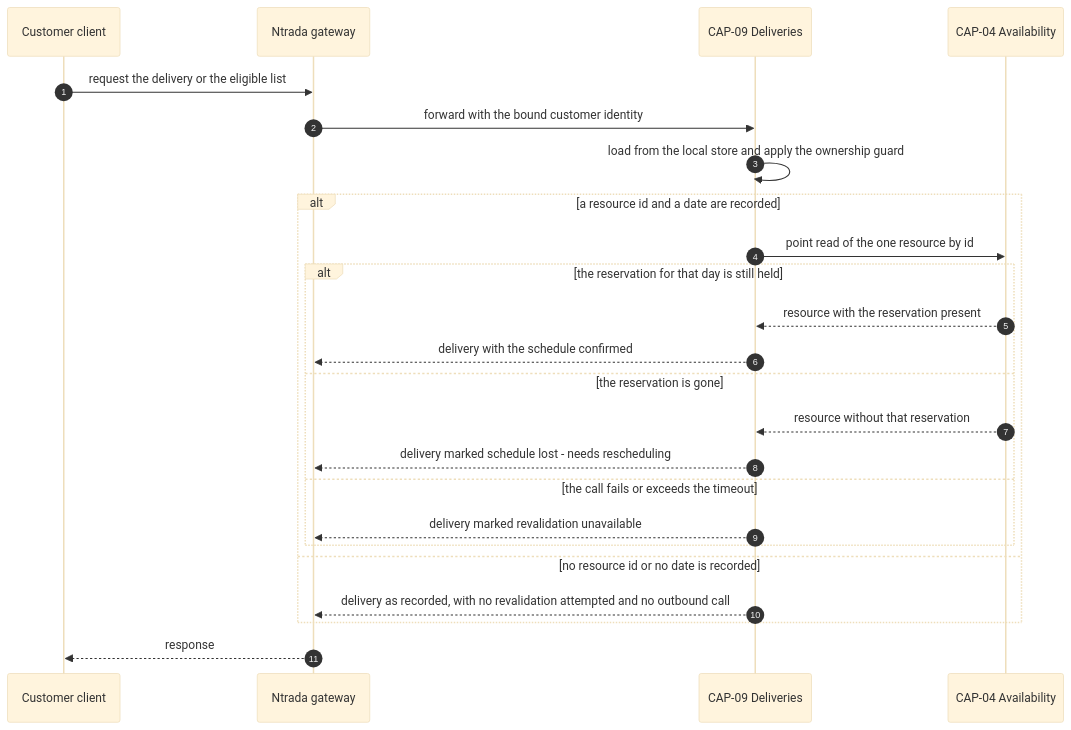
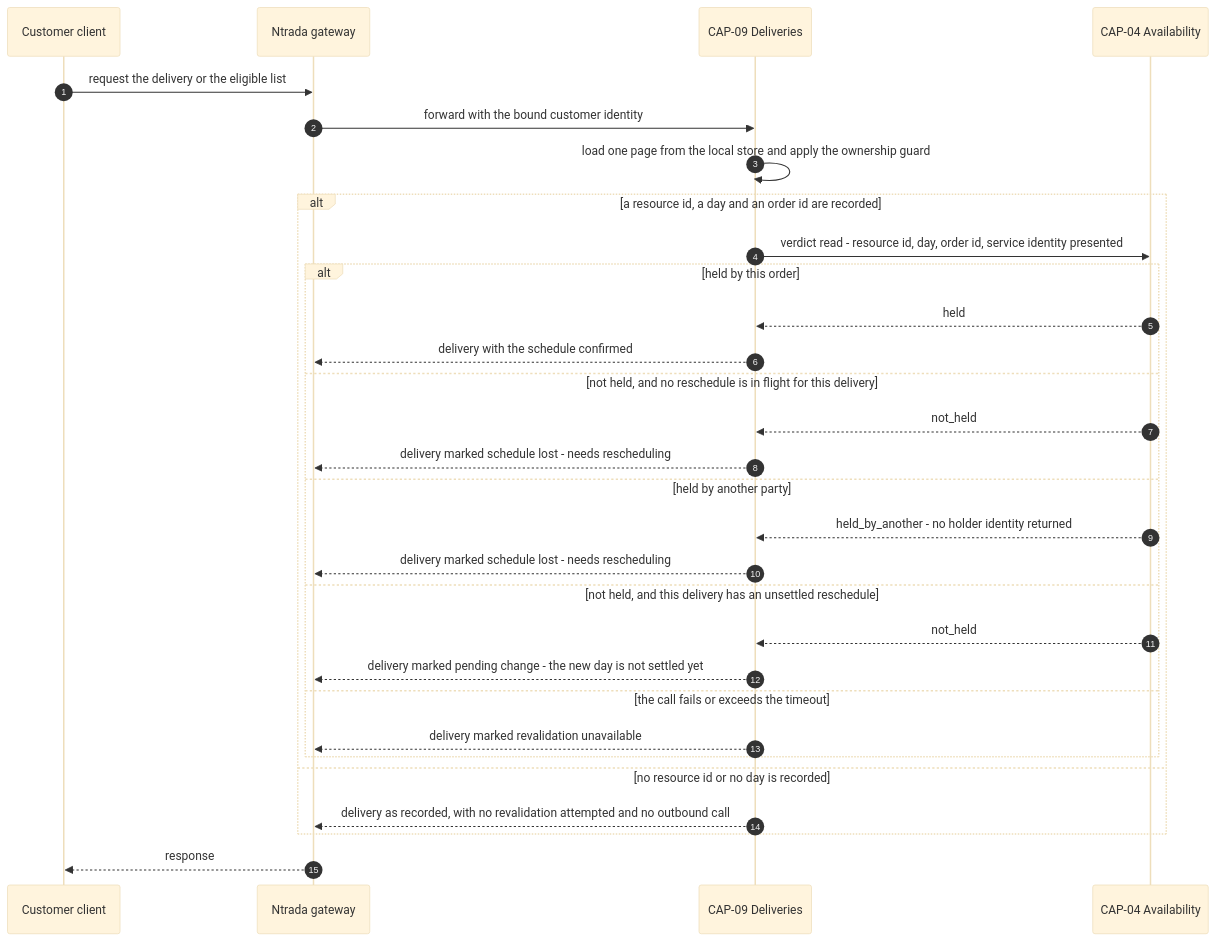
The diagram in docs/adr/read-time-reservation-revalidation-and-schedule-lost.md (hianshul100/Pacco.Context), drawn with Mermaid (base theme) before and after one commit. The commit also changed other lines of this file and 12 other files, not shown here.

````diff
--- a/docs/adr/read-time-reservation-revalidation-and-schedule-lost.md
+++ b/docs/adr/read-time-reservation-revalidation-and-schedule-lost.md
@@ -170,26 +241,32 @@
 ```mermaid
 sequenceDiagram
     autonumber
     participant CUS as Customer client
     participant GW as Ntrada gateway
     participant DEL as CAP-09 Deliveries
     participant AV as CAP-04 Availability
     CUS->>GW: request the delivery or the eligible list
     GW->>DEL: forward with the bound customer identity
-    DEL->>DEL: load from the local store and apply the ownership guard
-    alt a resource id and a date are recorded
-        DEL->>AV: point read of the one resource by id
-        alt the reservation for that day is still held
-            AV-->>DEL: resource with the reservation present
+    DEL->>DEL: load one page from the local store and apply the ownership guard
+    alt a resource id, a day and an order id are recorded
+        DEL->>AV: verdict read - resource id, day, order id, service identity presented
+        alt held by this order
+            AV-->>DEL: held
             DEL-->>GW: delivery with the schedule confirmed
-        else the reservation is gone
-            AV-->>DEL: resource without that reservation
+        else not held, and no reschedule is in flight for this delivery
+            AV-->>DEL: not_held
             DEL-->>GW: delivery marked schedule lost - needs rescheduling
+        else held by another party
+            AV-->>DEL: held_by_another - no holder identity returned
+            DEL-->>GW: delivery marked schedule lost - needs rescheduling
+        else not held, and this delivery has an unsettled reschedule
+            AV-->>DEL: not_held
+            DEL-->>GW: delivery marked pending change - the new day is not settled yet
         else the call fails or exceeds the timeout
             DEL-->>GW: delivery marked revalidation unavailable
         end
-    else no resource id or no date is recorded
+    else no resource id or no day is recorded
         DEL-->>GW: delivery as recorded, with no revalidation attempted and no outbound call
     end
     GW-->>CUS: response
 ```
````
